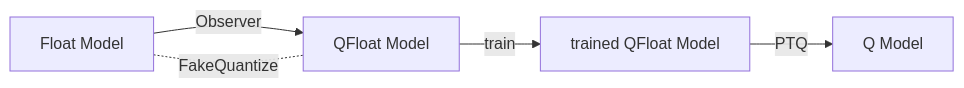
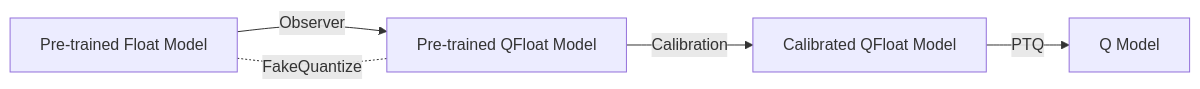
One commit to MegEngine/Documentation changed the fourth of 7 diagrams in source/user-guide/model-development/quantization/index.rst. Above: the diagram before and after it, drawn with Mermaid. The commit also changed other lines of this file, not shown here.

Commit message:
docs(quantization): update calibration explaining

```diff
--- a/source/user-guide/model-development/quantization/index.rst
+++ b/source/user-guide/model-development/quantization/index.rst
@@ -99,8 +99,8 @@
       .. mermaid::
          :align: center
 
          flowchart LR
-            FM[Float Model] --> |Observer| QFM[QFloat Model]
-            FM[Float Model] -.- |FakeQuantize| QFM[QFloat Model]
-            QFM --> |train| TQFM[trained QFloat Model]
-            TQFM --> |PTQ| QM[Q Model]
+            PFM[Pre-trained Float Model] --> |Observer| PQFM[Pre-trained QFloat Model]
+            PFM[Pre-trained Float Model] -.- |FakeQuantize| PQFM[Pre-trained QFloat Model]
+            PQFM --> |Calibration| CQFM[Calibrated QFloat Model]
+            CQFM --> |PTQ| QM[Q Model]
```
